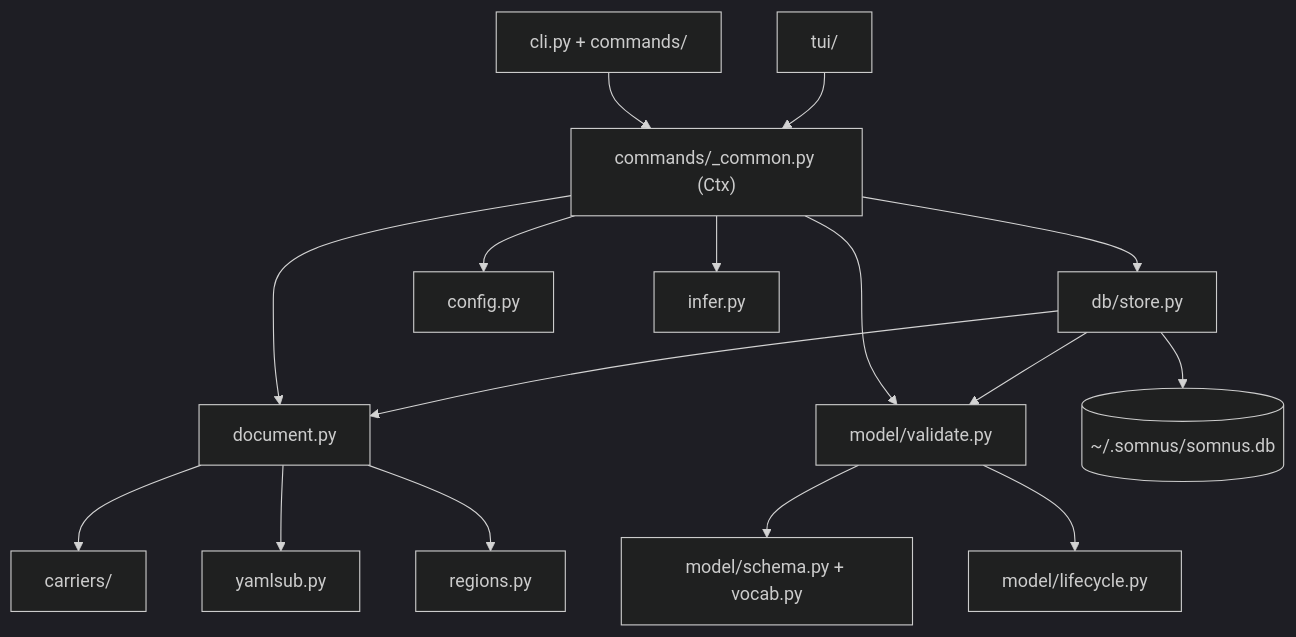
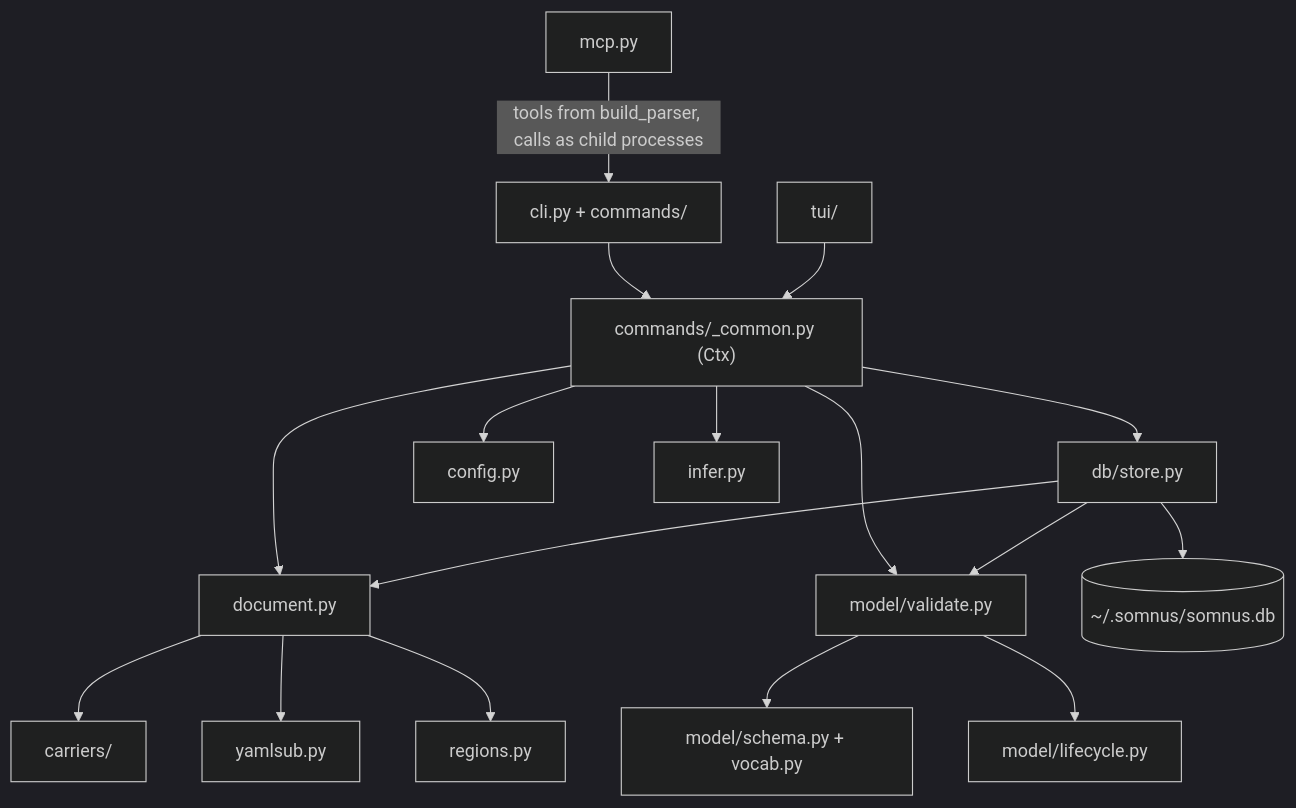
Before and after one commit to calisweetleaf/somnus-metadata: the first of 3 diagrams in droid-wiki/overview/architecture.md, drawn with Mermaid (dark theme). The commit also changed other lines of this file and 17 other files, not shown here.

````diff
--- a/droid-wiki/overview/architecture.md
+++ b/droid-wiki/overview/architecture.md
@@ -7,18 +7,19 @@
 ```mermaid
 graph TD
+    MCP["mcp.py"] -->|tools from build_parser, calls as child processes| CLI
     CLI["cli.py + commands/"] --> Common["commands/_common.py (Ctx)"]
     TUI["tui/"] --> Common
     Common --> Document["document.py"]
     Common --> Store["db/store.py"]
     Common --> Validate["model/validate.py"]
     Document --> Carriers["carriers/"]
     Document --> YAML["yamlsub.py"]
     Document --> Regions["regions.py"]
     Validate --> Schema["model/schema.py + vocab.py"]
     Validate --> Lifecycle["model/lifecycle.py"]
     Store --> Document
     Store --> Validate
     Store --> SQLite[("~/.somnus/somnus.db")]
     Common --> Config["config.py"]
     Common --> Infer["infer.py"]
 ```
````
